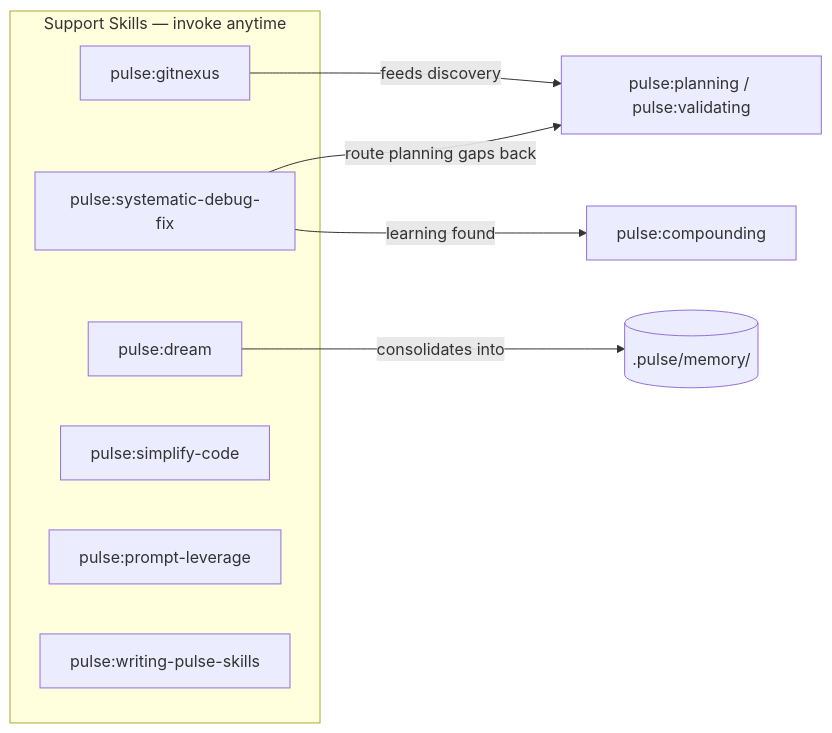
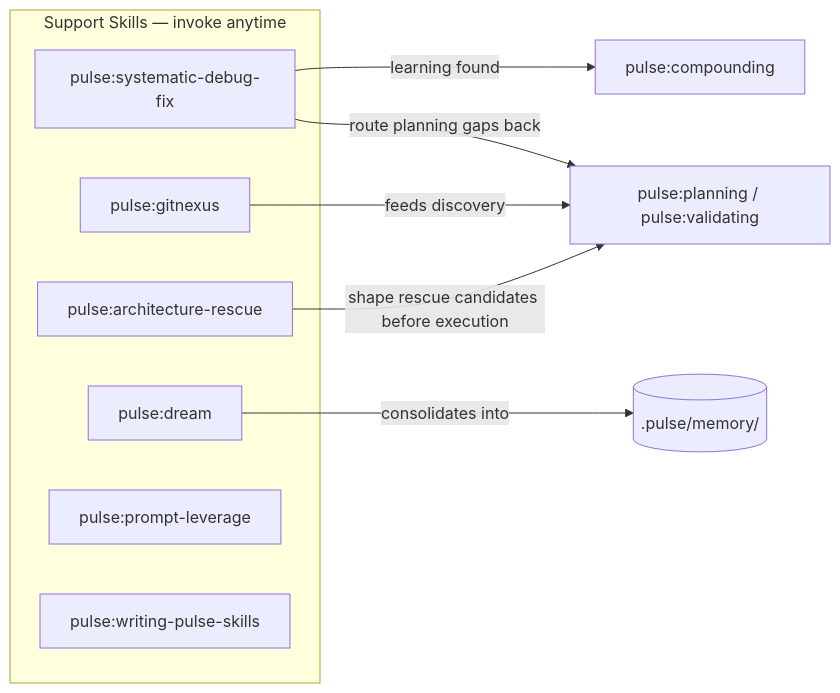
One commit to quanpersie2001/skills changed the fourth of 7 diagrams in docs/ARCHITECTURE.md. Above: the diagram before and after it, drawn with Mermaid. The commit also changed other lines of this file and 14 other files, not shown here.

````diff
--- a/docs/ARCHITECTURE.md
+++ b/docs/ARCHITECTURE.md
@@ -386,16 +392,17 @@
 ```mermaid
 flowchart LR
     subgraph support[Support Skills — invoke anytime]
         SDF[pulse:systematic-debug-fix]
         GNX[pulse:gitnexus]
         DRM[pulse:dream]
-        SC[pulse:simplify-code]
+        AR[pulse:architecture-rescue]
         PL2[pulse:prompt-leverage]
         WPS[pulse:writing-pulse-skills]
     end
 
     SDF -->|route planning gaps back| planning[pulse:planning / pulse:validating]
     SDF -->|learning found| CP2[pulse:compounding]
     GNX -->|feeds discovery| planning
     DRM -->|consolidates into| learnings[(.pulse/memory/)]
+    AR -->|shape rescue candidates before execution| planning
 ```
````
